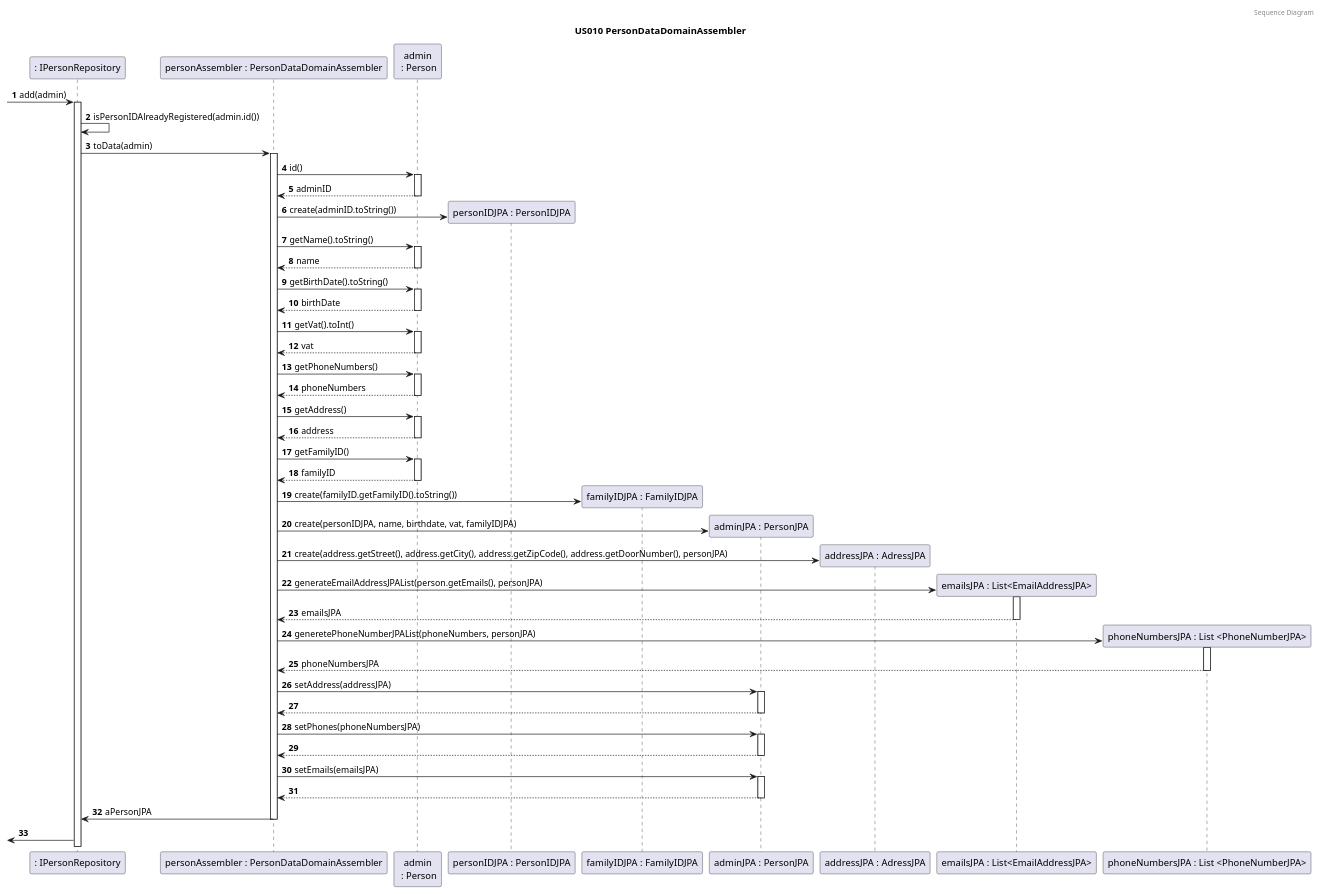
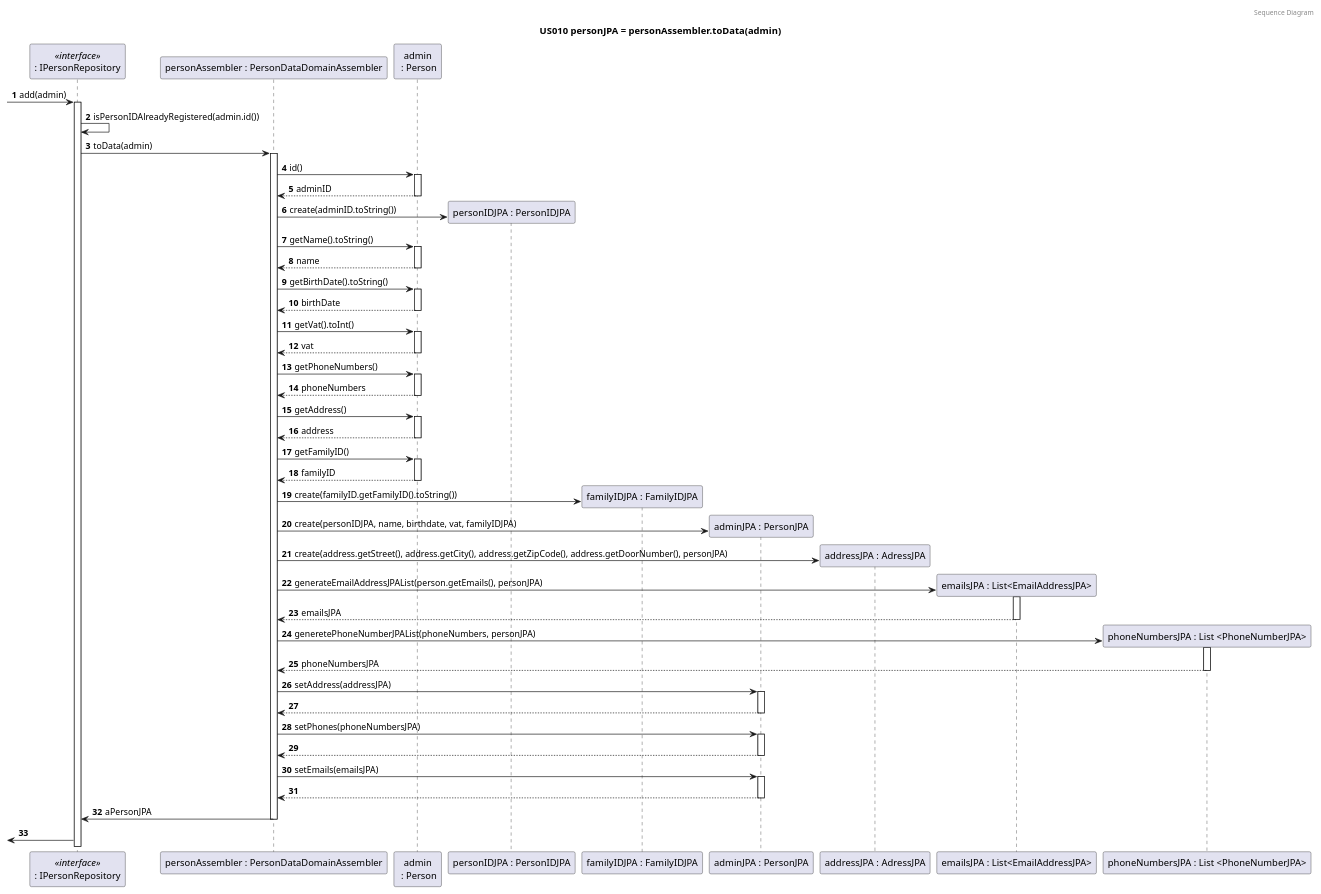
Before and after one commit to tomas-osswald/switch_2020_g3: the sixth of 8 diagrams in docs/sprint4/user_stories/US010_CreateAFamilyAndSetAdministrator.md, drawn with PlantUML. The commit also changed other lines of this file, not shown here.

Commit message:
changed SDs to match established namings and include interface stereotypes

```diff
--- a/docs/sprint4/user_stories/US010_CreateAFamilyAndSetAdministrator.md
+++ b/docs/sprint4/user_stories/US010_CreateAFamilyAndSetAdministrator.md
@@ -273,9 +232,9 @@
 
 autonumber
 header Sequence Diagram
-title US010 PersonDataDomainAssembler
+title US010 personJPA = personAssembler.toData(admin)
 
-participant ": IPersonRepository" as personRepository
+participant ": IPersonRepository" as personRepository <<interface>>
 participant "personAssembler : PersonDataDomainAssembler" as assembler
 participant "admin\n : Person" as admin
 participant "personIDJPA : PersonIDJPA" as personIDJPA
```
